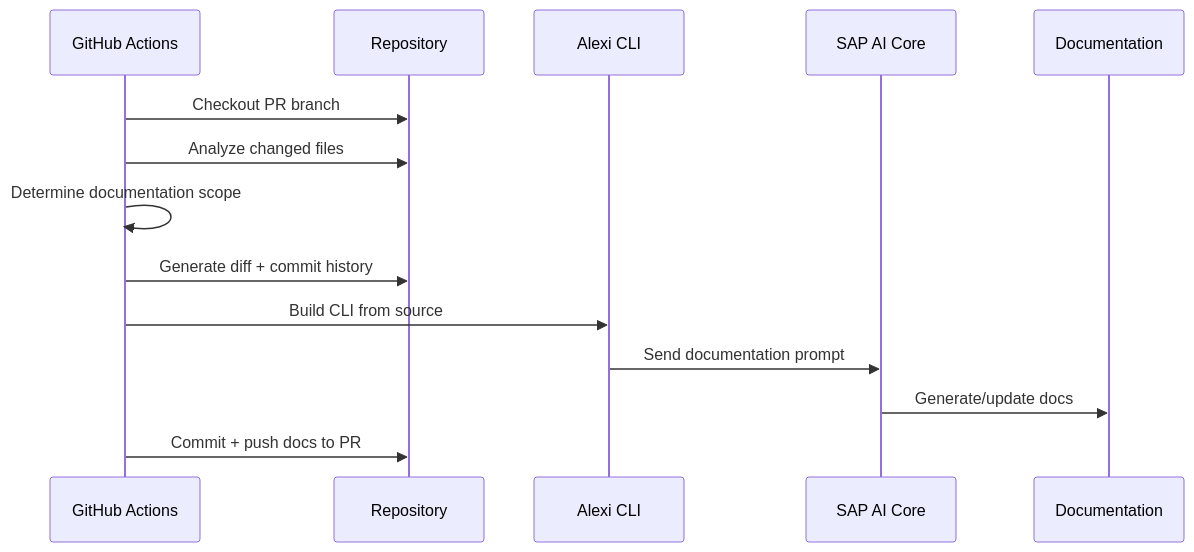
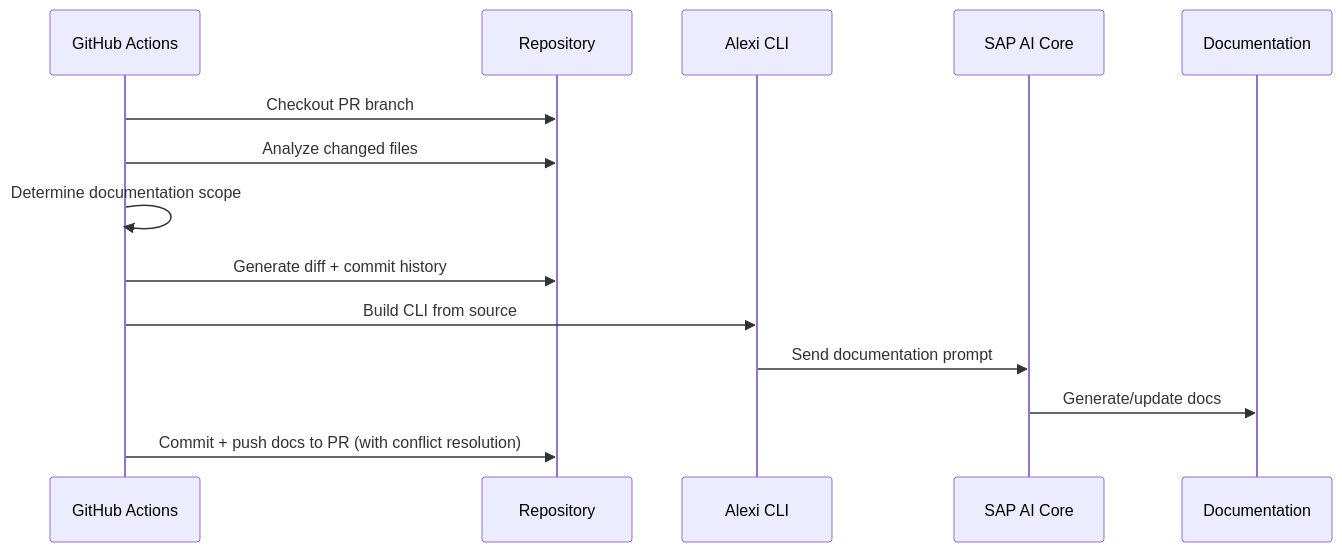
Before and after one commit to ausardcompany/alexi: the third of 5 diagrams in docs/AUTOMATION.md, drawn with Mermaid. The commit also changed other lines of this file and 4 other files, not shown here.

````diff
--- a/docs/AUTOMATION.md
+++ b/docs/AUTOMATION.md
@@ -146,17 +146,17 @@
 ```mermaid
 sequenceDiagram
     participant GH as GitHub Actions
     participant Repo as Repository
     participant Alexi as Alexi CLI
     participant AI as SAP AI Core
     participant Docs as Documentation
     
     GH->>Repo: Checkout PR branch
     GH->>Repo: Analyze changed files
     GH->>GH: Determine documentation scope
     GH->>Repo: Generate diff + commit history
     GH->>Alexi: Build CLI from source
     Alexi->>AI: Send documentation prompt
     AI->>Docs: Generate/update docs
-    GH->>Repo: Commit + push docs to PR
+    GH->>Repo: Commit + push docs to PR (with conflict resolution)
 ```
````
